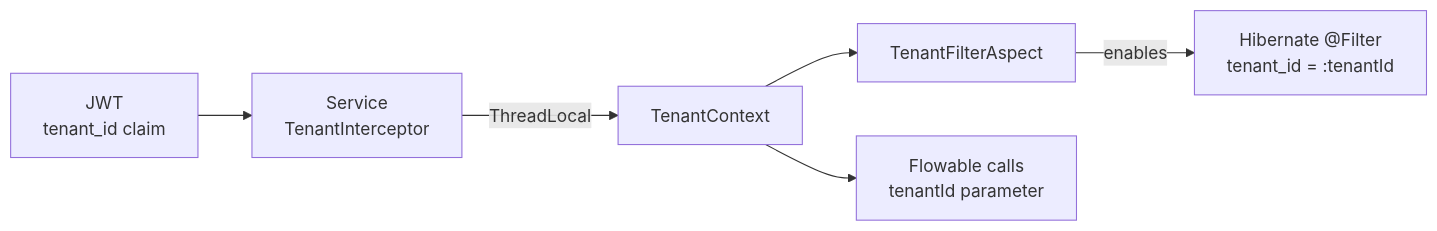
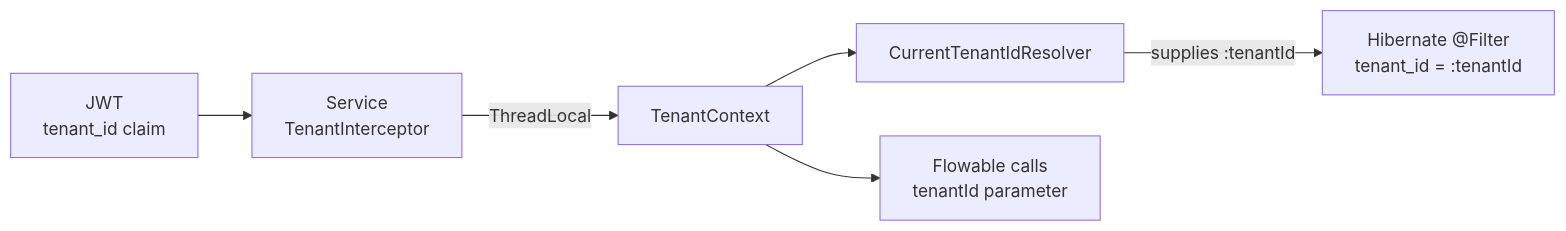
Before and after one commit to mszalus/workflow-platform: the first of 2 diagrams in docs/architecture/concepts.md, drawn with Mermaid. The commit also changed other lines of this file and 12 other files, not shown here.

First line of the commit message:
fix(security): apply the tenant filter in every Hibernate session

````diff
--- a/docs/architecture/concepts.md
+++ b/docs/architecture/concepts.md
@@ -12,8 +12,8 @@
 ```mermaid
 flowchart LR
     JWT["JWT<br/>tenant_id claim"] --> SVC["Service<br/>TenantInterceptor"]
     SVC -->|"ThreadLocal"| CTX["TenantContext"]
-    CTX --> ASP["TenantFilterAspect"]
-    ASP -->|"enables"| HIB["Hibernate @Filter<br/>tenant_id = :tenantId"]
+    CTX --> RES["CurrentTenantIdResolver"]
+    RES -->|"supplies :tenantId"| HIB["Hibernate @Filter<br/>tenant_id = :tenantId"]
     CTX --> FLOW["Flowable calls<br/>tenantId parameter"]
 ```
````
